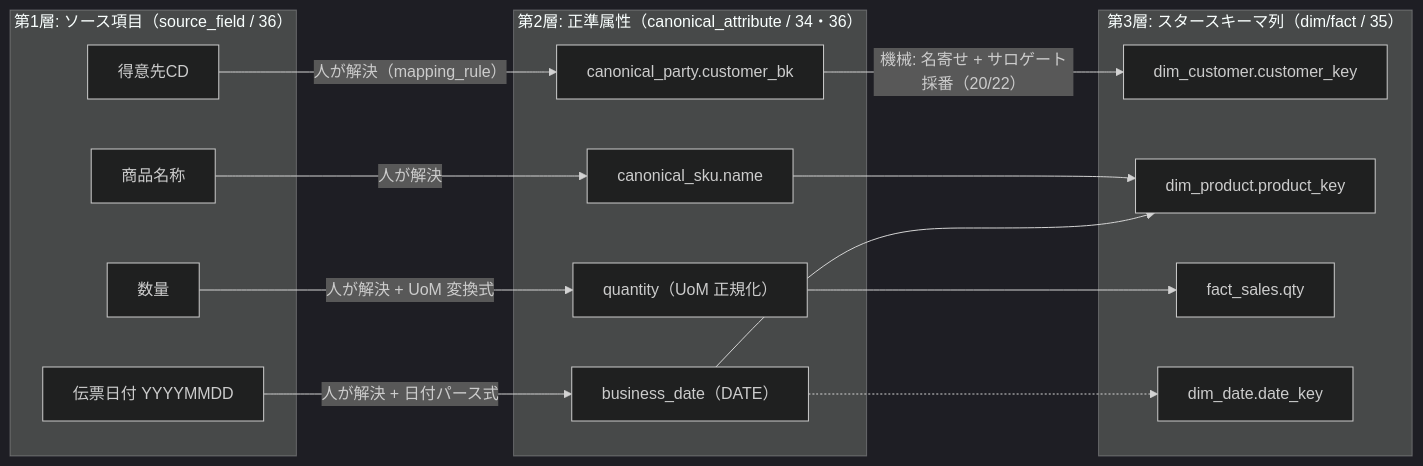
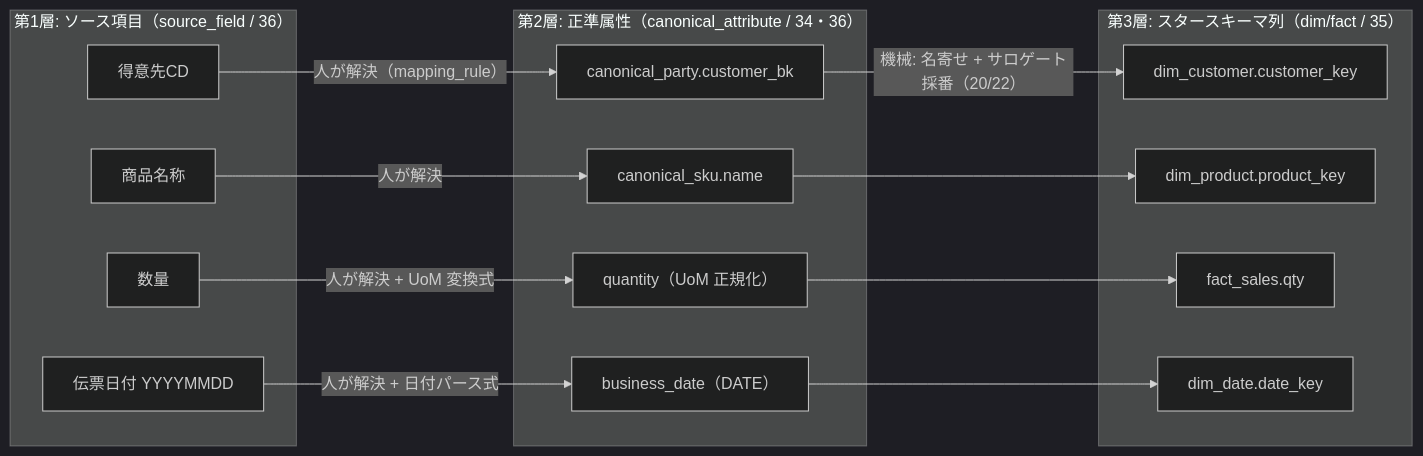
The fourth of 9 diagrams in docs/platform-design/basic-design/10-data-integration-and-mapping.md (TSUNAGUBA/akebono-honshu), drawn with Mermaid (dark theme) before and after one commit. The commit also changed other lines of this file and 30 other files, not shown here.

````diff
--- a/docs/platform-design/basic-design/10-data-integration-and-mapping.md
+++ b/docs/platform-design/basic-design/10-data-integration-and-mapping.md
@@ -198,30 +198,29 @@
 ```mermaid
 flowchart LR
     subgraph L1["第1層: ソース項目（source_field / 36）"]
         S1["得意先CD"]
         S2["商品名称"]
         S3["数量"]
         S4["伝票日付 YYYYMMDD"]
     end
     subgraph L2["第2層: 正準属性（canonical_attribute / 34・36）"]
         C1["canonical_party.customer_bk"]
         C2["canonical_sku.name"]
         C3["quantity（UoM 正規化）"]
         C4["business_date（DATE）"]
     end
     subgraph L3["第3層: スタースキーマ列（dim/fact / 35）"]
         D1["dim_customer.customer_key"]
         D2["dim_product.product_key"]
         F1["fact_sales.qty"]
         F2["dim_date.date_key"]
     end
     S1 -->|"人が解決（mapping_rule）"| C1
     S2 -->|"人が解決"| C2
     S3 -->|"人が解決 + UoM 変換式"| C3
     S4 -->|"人が解決 + 日付パース式"| C4
     C1 -->|"機械: 名寄せ + サロゲート採番（20/22）"| D1
     C2 --> D2
     C3 --> F1
-    C4 --> D2
-    C4 -.-> F2
+    C4 --> F2
 ```
````
